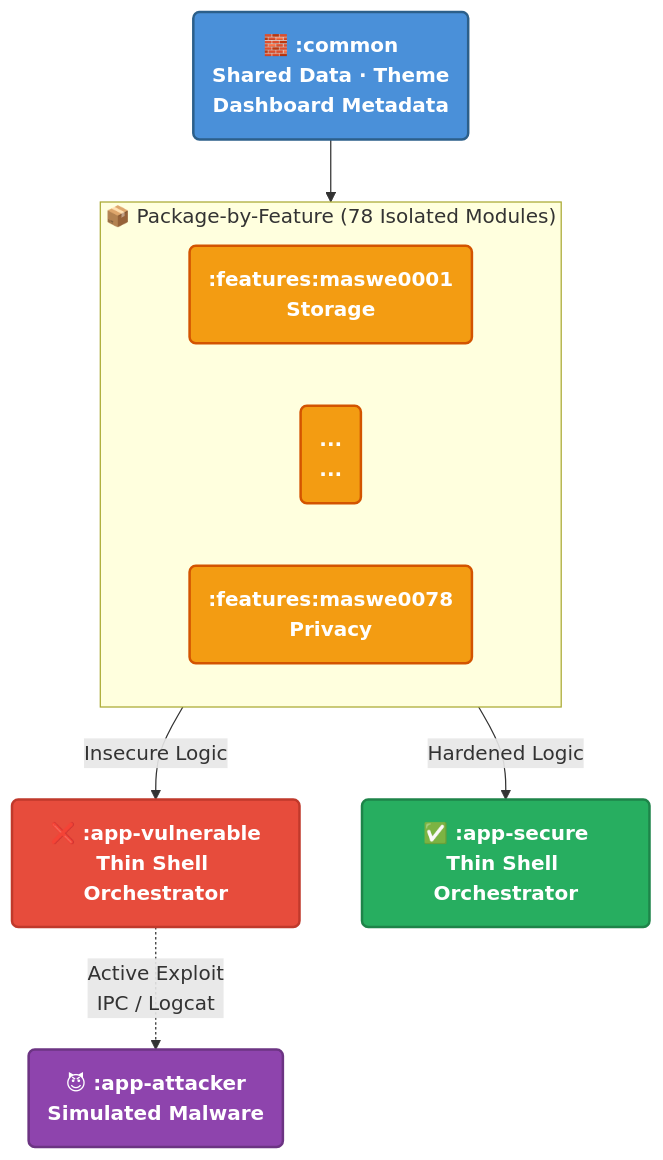
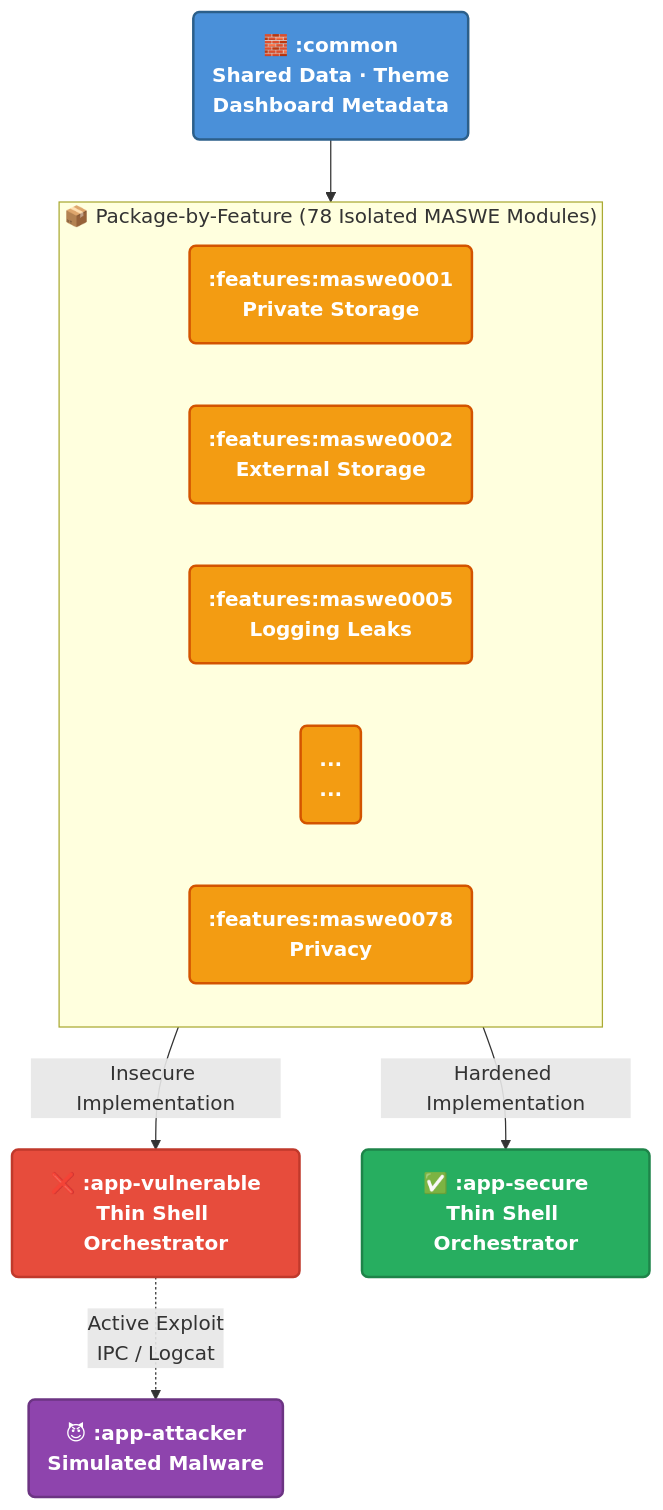
Before and after one commit to Hasan-Tuncay/Android-Security-Masterclass: the first of 2 diagrams in README.md, drawn with Mermaid. The commit also changed other lines of this file, not shown here.

Commit message:
docs: rewrite README for the new 78-module architecture and MkDocs integration

````diff
--- a/README.md
+++ b/README.md
@@ -24,32 +27,34 @@
 ```mermaid
 graph TD
     COMMON("🧱 :common<br/>Shared Data · Theme<br/>Dashboard Metadata")
     
-    subgraph FEATURES ["📦 Package-by-Feature (78 Isolated Modules)"]
+    subgraph FEATURES ["📦 Package-by-Feature (78 Isolated MASWE Modules)"]
         direction LR
-        M1(":features:maswe0001<br/>Storage")
-        M2("...<br/>... ")
+        M1(":features:maswe0001<br/>Private Storage")
+        M2(":features:maswe0002<br/>External Storage")
+        M5(":features:maswe0005<br/>Logging Leaks")
+        MDOT("...<br/>... ")
         M78(":features:maswe0078<br/>Privacy")
     end
     
     VULN("❌ :app-vulnerable<br/>Thin Shell Orchestrator")
     SEC("✅ :app-secure<br/>Thin Shell Orchestrator")
     ATK("😈 :app-attacker<br/>Simulated Malware")
 
     COMMON --> FEATURES
-    FEATURES -- "Insecure Logic" --> VULN
-    FEATURES -- "Hardened Logic" --> SEC
+    FEATURES -- "Insecure Implementation" --> VULN
+    FEATURES -- "Hardened Implementation" --> SEC
     VULN -. "Active Exploit<br/>IPC / Logcat" .-> ATK
 
     classDef common fill:#4A90D9,stroke:#2C5F8A,color:#fff,stroke-width:2px,font-weight:bold
     classDef feat fill:#F39C12,stroke:#D35400,color:#fff,stroke-width:2px,font-weight:bold
     classDef vuln fill:#E74C3C,stroke:#C0392B,color:#fff,stroke-width:2px,font-weight:bold
     classDef secure fill:#27AE60,stroke:#1E8449,color:#fff,stroke-width:2px,font-weight:bold
     classDef attacker fill:#8E44AD,stroke:#6C3483,color:#fff,stroke-width:2px,font-weight:bold
 
     class COMMON common
-    class M1,M2,M78 feat
+    class M1,M2,M5,MDOT,M78 feat
     class VULN vuln
     class SEC secure
     class ATK attacker
 ```
````
